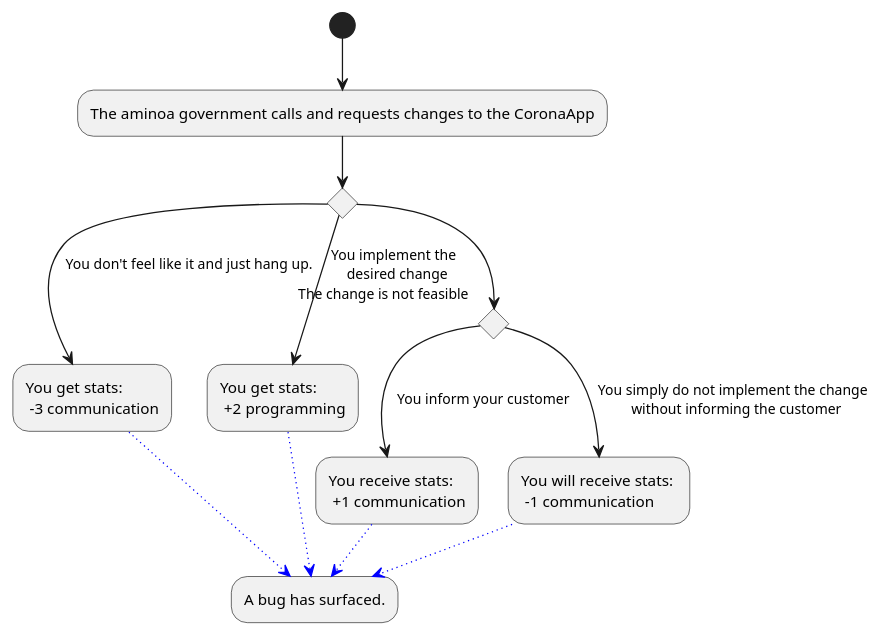
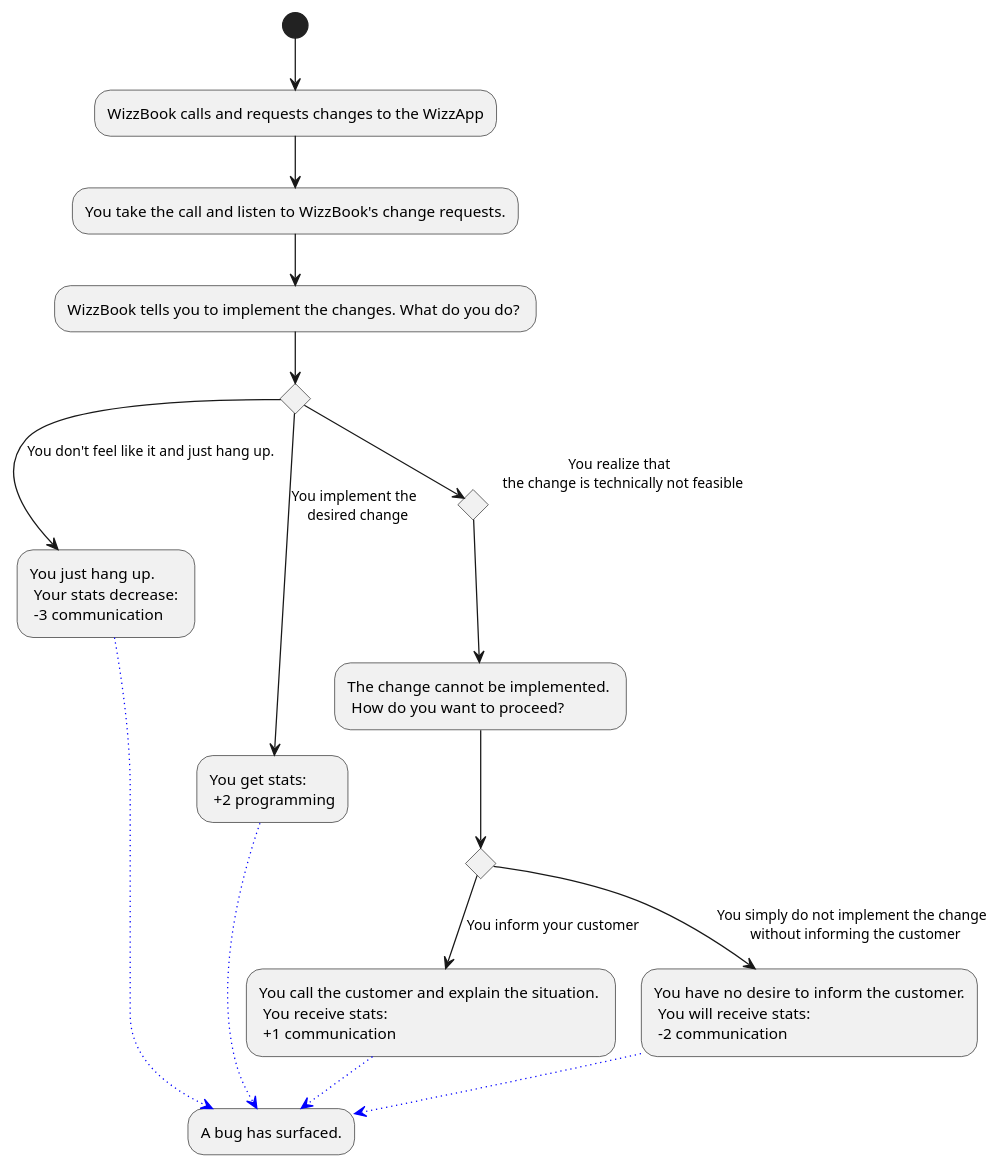
Before and after one commit to Brotenko/QualityQuest: the diagram in Docs/Technical Specifications/docs/diagrams/StoryFlow/StoryFlow_Decision_10.puml, drawn with PlantUML. The commit also changed 28 other files, not shown here.

```diff
--- a/Docs/Technical Specifications/docs/diagrams/StoryFlow/StoryFlow_Decision_10.puml
+++ b/Docs/Technical Specifications/docs/diagrams/StoryFlow/StoryFlow_Decision_10.puml
@@ -1,17 +1,21 @@
 @startuml
 'Note: the project is not final, just a filler at the moment
-(*) --> "The aminoa government calls and requests changes to the CoronaApp" as app
+(*) --> "WizzBook calls and requests changes to the WizzApp" as app
+--> "You take the call and listen to WizzBook's change requests."
+--> "WizzBook tells you to implement the changes. What do you do? "
 if "" then 
---> [You don't feel like it and just hang up.] "You get stats: \n -3 communication" as a1
+--> [You don't feel like it and just hang up.] "You just hang up.\n Your stats decrease: \n -3 communication" as a1
 else 
 --> [You implement the \n desired change] "You get stats: \n +2 programming" as a2
 else
-if "The change is not feasible"
---> [You inform your customer] "You receive stats: \n +1 communication" as b1
+if "You realize that \n the change is technically not feasible"
+--> "The change cannot be implemented. \n How do you want to proceed?"
+if "" then 
+--> [You inform your customer] "You call the customer and explain the situation. \n You receive stats: \n +1 communication" as b1
 else 
---> [You simply do not implement the change \n without informing the customer] "You will receive stats: \n -1 communication"
+--> [You simply do not implement the change \n without informing the customer] "You have no desire to inform the customer.\n You will receive stats: \n -2 communication"
 -[#blue,dotted]-> "A bug has surfaced." as bug 
 a1 -[#blue,dotted]-> bug
 a2 -[#blue,dotted]-> bug
 b1 -[#blue,dotted]-> bug
 @enduml
```
